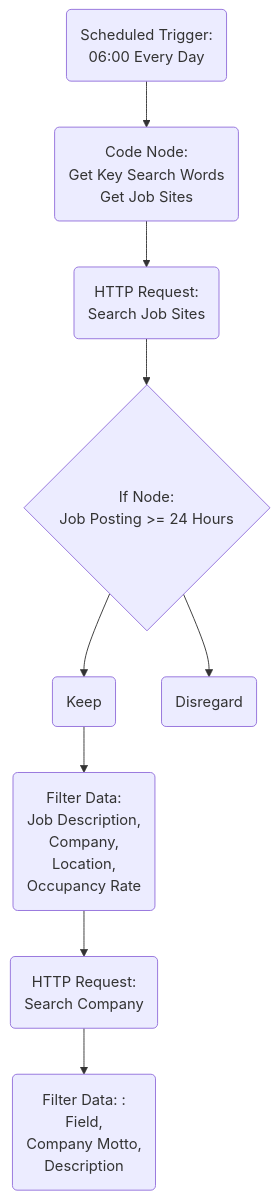
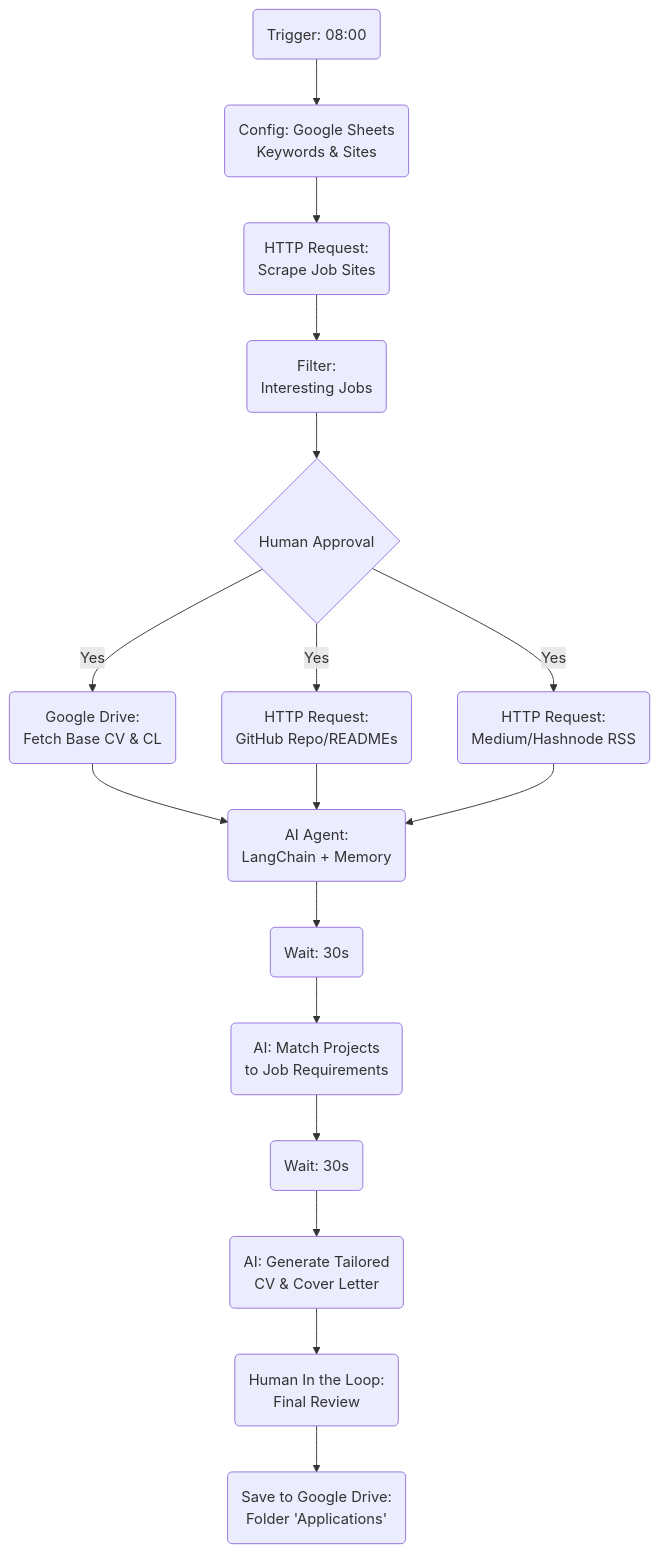
The diagram in workflows/job-workflow/Idea-Workflow.md (JonathanWindell/n8n-workflows), drawn with Mermaid before and after one commit.

Commit message:
Added Wait nodes to avoid max token

````diff
--- a/workflows/job-workflow/Idea-Workflow.md
+++ b/workflows/job-workflow/Idea-Workflow.md
@@ -1,24 +1,31 @@
 ```mermaid
 flowchart TD
-    %% Start och Datainsamling
-    Id1(Scheduled Trigger: <br> 06:00 Every Day) --> Id2(Code Node)
+    %% Start och Discovery
+    Start(Trigger: 08:00) --> Config(Config: Google Sheets <br>Keywords & Sites)
+    Config --> Scrape(HTTP Request: <br>Scrape Job Sites)
+    Scrape --> Filter(Filter: <br>Interesting Jobs)
 
-    Id2(Code Node: <br> Get Key Search Words <br> Get Job Sites) --> Id3(HTTP Request) 
+    %% Human in the Loop (HITL)
+    Filter --> HITL{Human Approval}
+    
+    %% Kontext-insamling (Körs parallellt efter Ja)
+    HITL -- Yes --> FetchCV(Google Drive: <br>Fetch Base CV & CL)
+    HITL -- Yes --> FetchGitHub(HTTP Request: <br>GitHub Repo/READMEs)
+    HITL -- Yes --> FetchBlog(HTTP Request: <br>Medium/Hashnode RSS)
 
-    Id3(HTTP Request: <br> Search Job Sites) --> Id4{If Node: <br> Job Posting >= 24 Hours}
-
-    Id4{If Node: <br> Job Posting >= 24 Hours} --> Id5(Keep)
-
-    Id4{If Node: <br> Job Posting >= 24 Hours} --> Id6(Disregard)
-
-    Id5(Keep) --> Id7(Filter Data)
-
-    Id7(Filter Data: <br> Job Description, <br> Company, <br> Location, <br> Occupancy Rate) 
-    --> Id8(HTTP Request: <br> Search Company)
-
-    Id8(HTTP Request: <br> Search Company) --> Id9(Filter Data: : <br> Field, <br> Company Motto, <br> Description)
+    %% AI Processen med Rate Limit skydd
+    FetchCV --> AI_Agent(AI Agent: <br>LangChain + Memory)
+    FetchGitHub --> AI_Agent
+    FetchBlog --> AI_Agent
     
-
-
+    AI_Agent --> Wait1(Wait: 30s)
+    
+    Wait1 --> Logic(AI: Match Projects <br>to Job Requirements)
+    Logic --> Wait2(Wait: 30s)
+    
+    Wait2 --> Generate(AI: Generate Tailored <br>CV & Cover Letter)
+    
+    Generate --> Review(Human In the Loop: <br>Final Review)
+    Review --> Save(Save to Google Drive: <br>Folder 'Applications')
 
 ```
````
